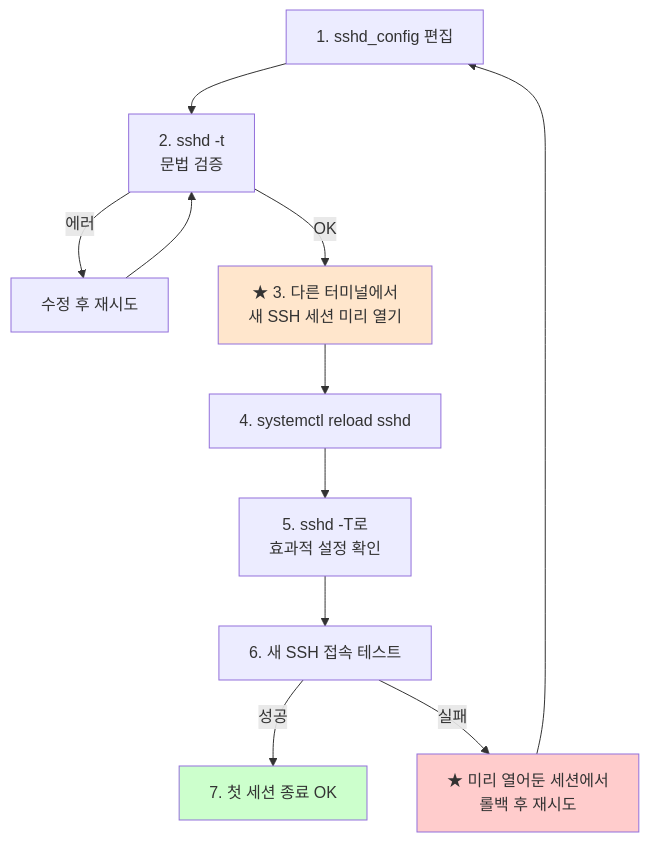
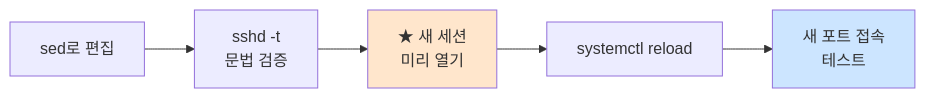
Before and after one commit to codewhite7777/codyssey_notes: the first of 2 diagrams in codyssey_b1_1_study/sshd-config.md, drawn with Mermaid. The commit also changed other lines of this file, not shown here.

First line of the commit message:
docs(sshd-config): 학습자 친화 구조 + 명세 워딩 정확성

````diff
--- a/codyssey_b1_1_study/sshd-config.md
+++ b/codyssey_b1_1_study/sshd-config.md
@@ -102,17 +112,10 @@
 ```mermaid
-flowchart TD
-    A[1. sshd_config 편집] --> B[2. sshd -t<br/>문법 검증]
-    B -->|에러| X[수정 후 재시도]
-    X --> B
-    B -->|OK| C[★ 3. 다른 터미널에서<br/>새 SSH 세션 미리 열기]
-    C --> D[4. systemctl reload sshd]
-    D --> E[5. sshd -T로<br/>효과적 설정 확인]
-    E --> F[6. 새 SSH 접속 테스트]
-    F -->|성공| G[7. 첫 세션 종료 OK]
-    F -->|실패| H[★ 미리 열어둔 세션에서<br/>롤백 후 재시도]
-    H --> A
+flowchart LR
+    A[sed로 편집] --> B[sshd -t<br/>문법 검증]
+    B --> C[★ 새 세션<br/>미리 열기]
+    C --> D[systemctl reload]
+    D --> E[새 포트 접속<br/>테스트]
 
     style C fill:#ffe6cc
-    style H fill:#ffcccc
-    style G fill:#ccffcc
+    style E fill:#cce5ff
 ```
````
